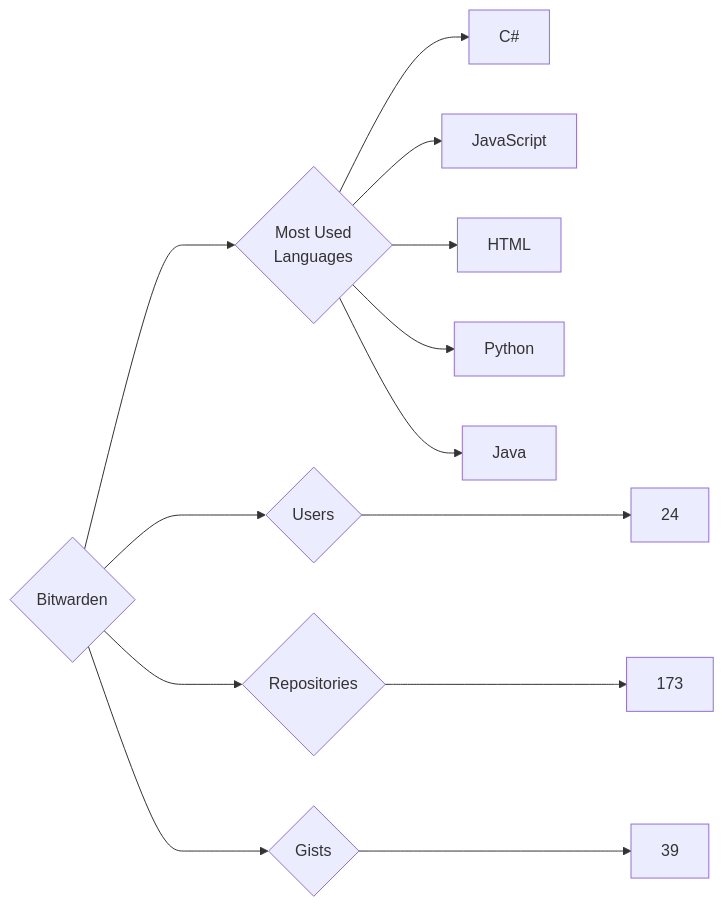
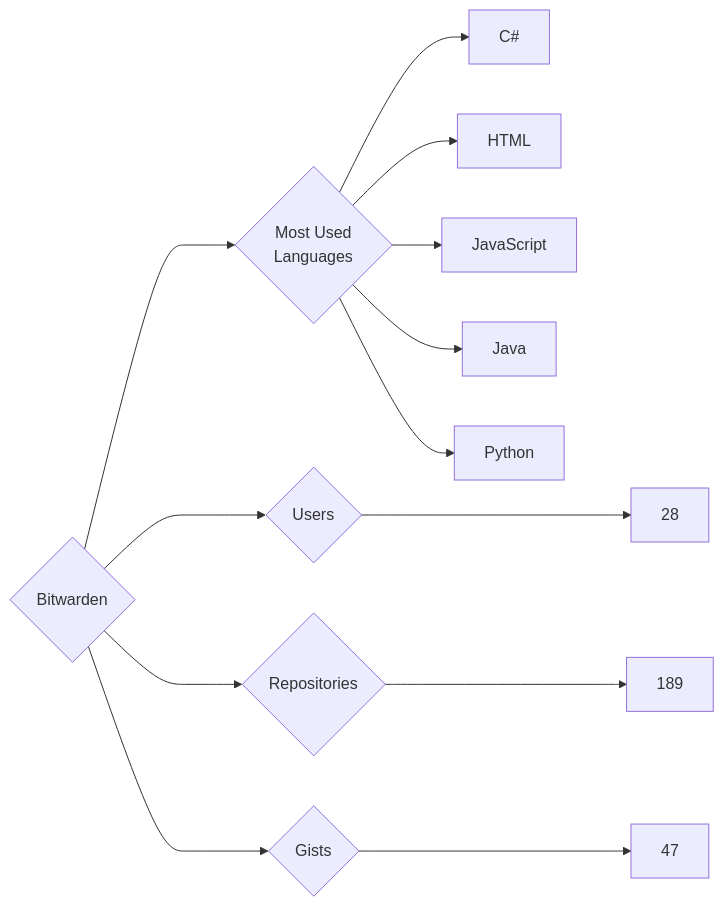
The diagram in targets/Bitwarden/README.md (trickest/insiders), drawn with Mermaid before and after one commit. The commit also changed 953 other files, not shown here.

````diff
--- a/targets/Bitwarden/README.md
+++ b/targets/Bitwarden/README.md
@@ -3,13 +3,13 @@
 ```mermaid
 graph LR
 COMPANY_NAME{Bitwarden}
-COMPANY_NAME ---> U{Users} ---> UN[24]
-COMPANY_NAME ---> R{Repositories} ---> RN[173]
-COMPANY_NAME ---> G{Gists} ---> GN[39]
+COMPANY_NAME ---> U{Users} ---> UN[28]
+COMPANY_NAME ---> R{Repositories} ---> RN[189]
+COMPANY_NAME ---> G{Gists} ---> GN[47]
 COMPANY_NAME ---> ML{Most Used<br>Languages}
 ML --> C#[C#]
+ML --> HTML[HTML]
 ML --> JavaScript[JavaScript]
-ML --> HTML[HTML]
+ML --> Java[Java]
 ML --> Python[Python]
-ML --> Java[Java]
 ```
````
